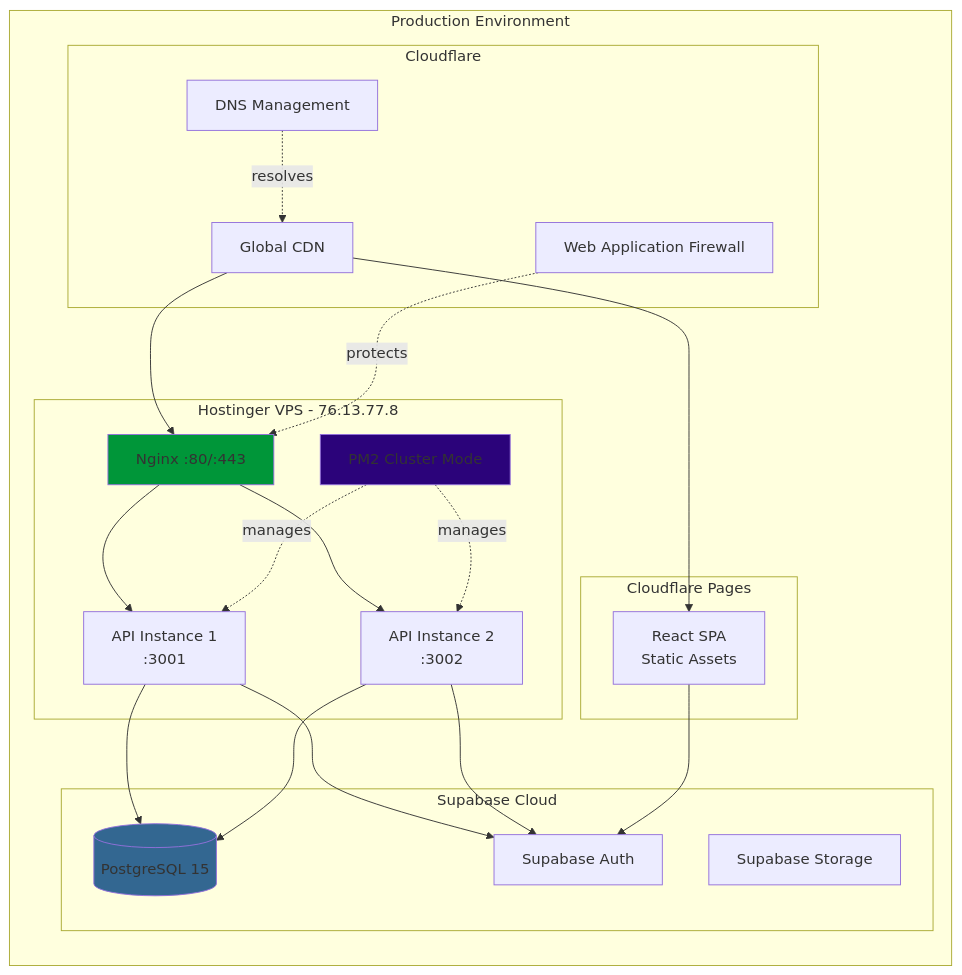
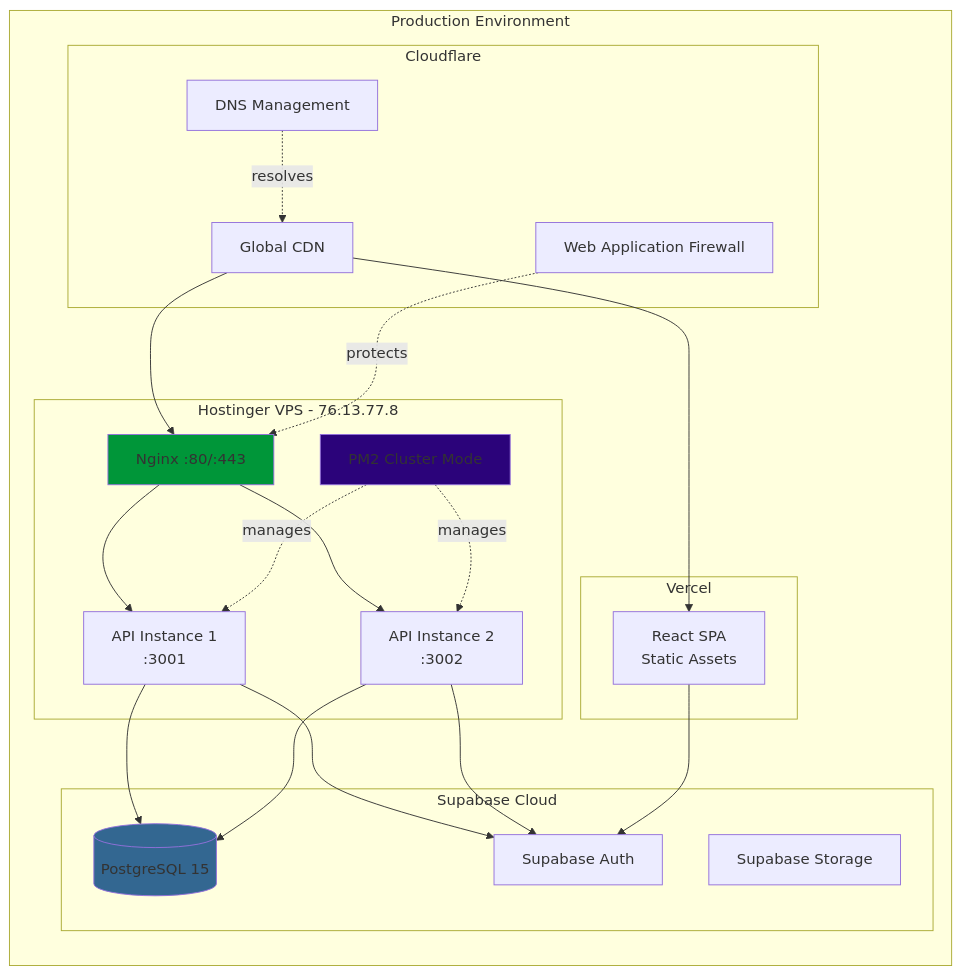
Before and after one commit to pdtribe181-prog/modullar-advancia: the third of 20 diagrams in docs/ARCHITECTURE.md, drawn with Mermaid. The commit also changed other lines of this file and 29 other files, not shown here.

````diff
--- a/docs/ARCHITECTURE.md
+++ b/docs/ARCHITECTURE.md
@@ -100,47 +100,47 @@
 ```mermaid
 graph LR
     subgraph "Production Environment"
         subgraph "Hostinger VPS - 76.13.77.8"
             NGINX[Nginx :80/:443]
             API1[API Instance 1<br/>:3001]
             API2[API Instance 2<br/>:3002]
             PM2[PM2 Cluster Mode]
 
             NGINX --> API1
             NGINX --> API2
             PM2 -.manages.-> API1
             PM2 -.manages.-> API2
         end
 
-        subgraph "Cloudflare Pages"
+        subgraph "Vercel"
             FRONTEND[React SPA<br/>Static Assets]
         end
 
         subgraph "Supabase Cloud"
             POSTGRES[(PostgreSQL 15)]
             AUTH[Supabase Auth]
             STORAGE[Supabase Storage]
         end
 
         subgraph "Cloudflare"
             DNS[DNS Management]
             CDN[Global CDN]
             WAF[Web Application Firewall]
         end
     end
 
     CDN --> FRONTEND
     CDN --> NGINX
     DNS -.resolves.-> CDN
     WAF -.protects.-> NGINX
 
     API1 --> POSTGRES
     API2 --> POSTGRES
     API1 --> AUTH
     API2 --> AUTH
     FRONTEND --> AUTH
 
     style NGINX fill:#009639
     style PM2 fill:#2B037A
     style POSTGRES fill:#336791
 ```
````
